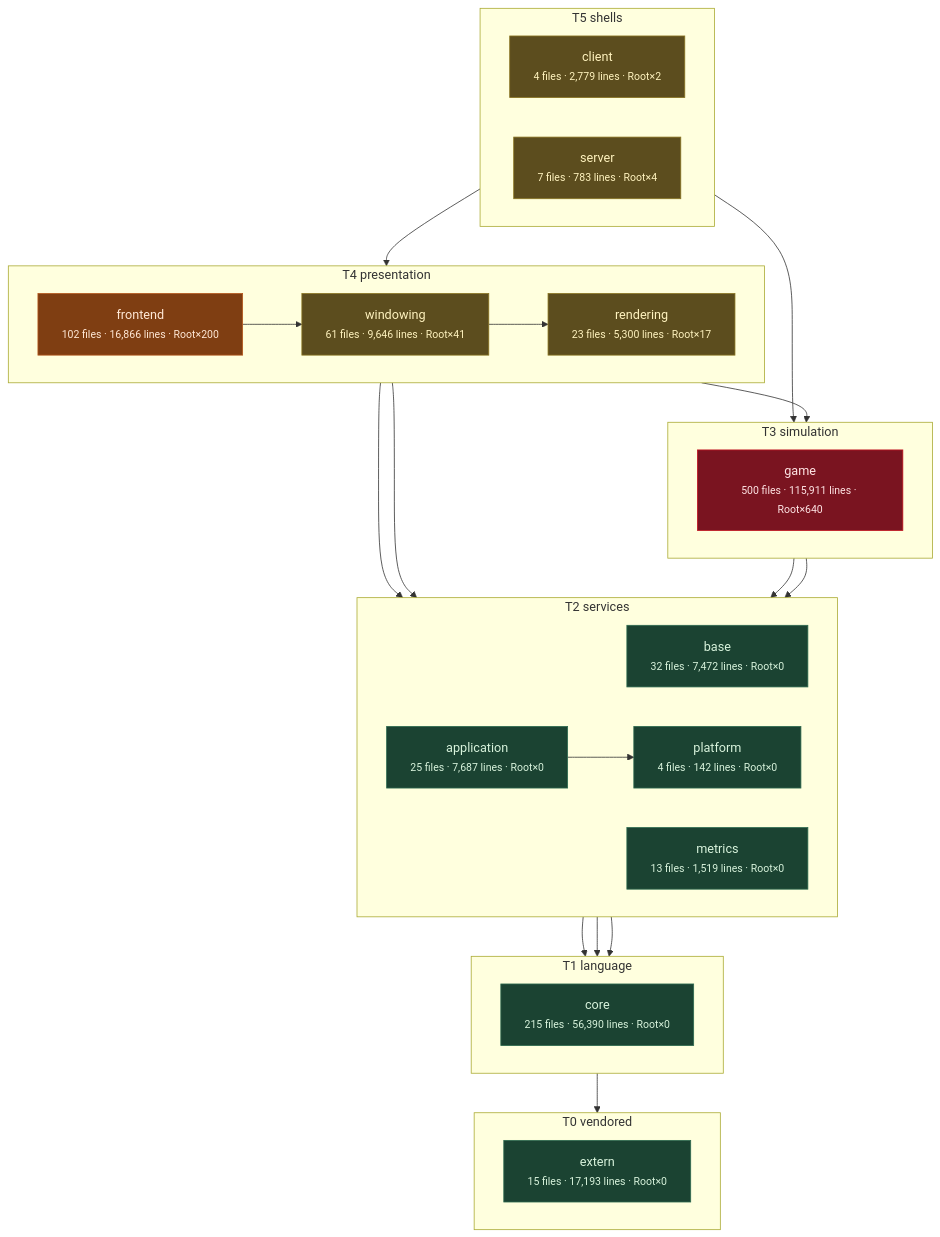
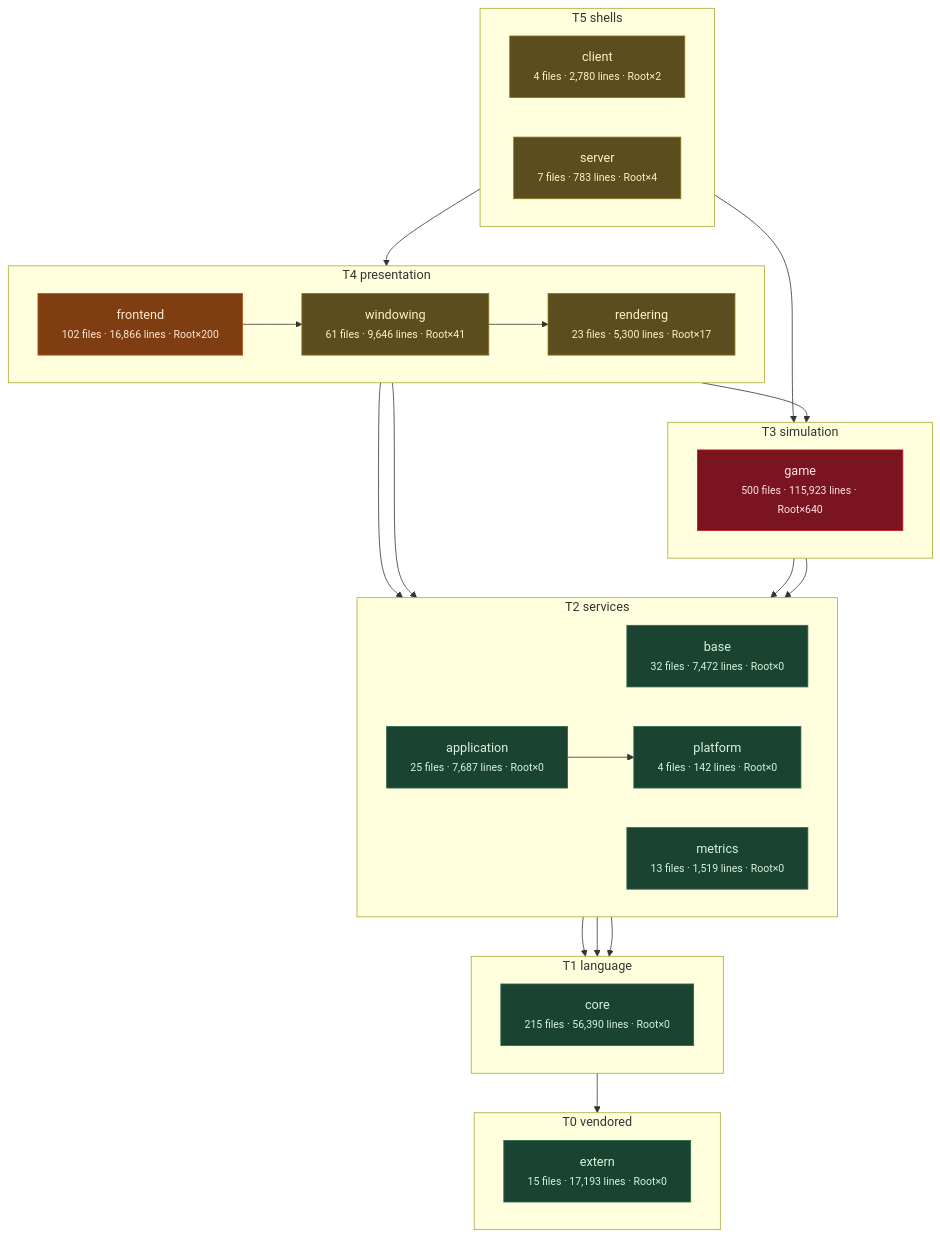
One commit to apnex/OpenStarbound changed the third of 11 diagrams in docs/architecture/system-boundaries.md. Above: the diagram before and after it, drawn with Mermaid. The commit also changed other lines of this file and 2 other files, not shown here.

````diff
--- a/docs/architecture/system-boundaries.md
+++ b/docs/architecture/system-boundaries.md
@@ -271,55 +271,55 @@
 ```mermaid
 flowchart TD
   subgraph T0["T0 vendored"]
     direction LR
     extern["extern<br/><small>15 files · 17,193 lines · Root×0</small>"]
   end
   subgraph T1["T1 language"]
     direction LR
     core["core<br/><small>215 files · 56,390 lines · Root×0</small>"]
   end
   subgraph T2["T2 services"]
     direction LR
     base["base<br/><small>32 files · 7,472 lines · Root×0</small>"]
     metrics["metrics<br/><small>13 files · 1,519 lines · Root×0</small>"]
     platform["platform<br/><small>4 files · 142 lines · Root×0</small>"]
     application["application<br/><small>25 files · 7,687 lines · Root×0</small>"]
   end
   subgraph T3["T3 simulation"]
     direction LR
-    game["game<br/><small>500 files · 115,911 lines · Root×640</small>"]
+    game["game<br/><small>500 files · 115,923 lines · Root×640</small>"]
   end
   subgraph T4["T4 presentation"]
     direction LR
     rendering["rendering<br/><small>23 files · 5,300 lines · Root×17</small>"]
     windowing["windowing<br/><small>61 files · 9,646 lines · Root×41</small>"]
     frontend["frontend<br/><small>102 files · 16,866 lines · Root×200</small>"]
   end
   subgraph T5["T5 shells"]
     direction LR
-    client["client<br/><small>4 files · 2,779 lines · Root×2</small>"]
+    client["client<br/><small>4 files · 2,780 lines · Root×2</small>"]
     server["server<br/><small>7 files · 783 lines · Root×4</small>"]
   end
   core --> extern
   base --> core
   metrics --> core
   platform --> core
   application --> platform
   game --> base
   game --> platform
   rendering --> application
   rendering --> game
   windowing --> rendering
   frontend --> metrics
   frontend --> windowing
   client --> frontend
   server --> game
   classDef clean fill:#1b4332,stroke:#2d6a4f,color:#d8f3dc
   classDef warm  fill:#5c4d1e,stroke:#8a7420,color:#fff3bf
   classDef hot   fill:#7f3e12,stroke:#b5561b,color:#ffe8d6
   classDef blaze fill:#7a1420,stroke:#c1121f,color:#ffe5e5
   class extern,core,base,metrics,platform,application clean
   class rendering,windowing,client,server warm
   class frontend hot
   class game blaze
 ```
````
